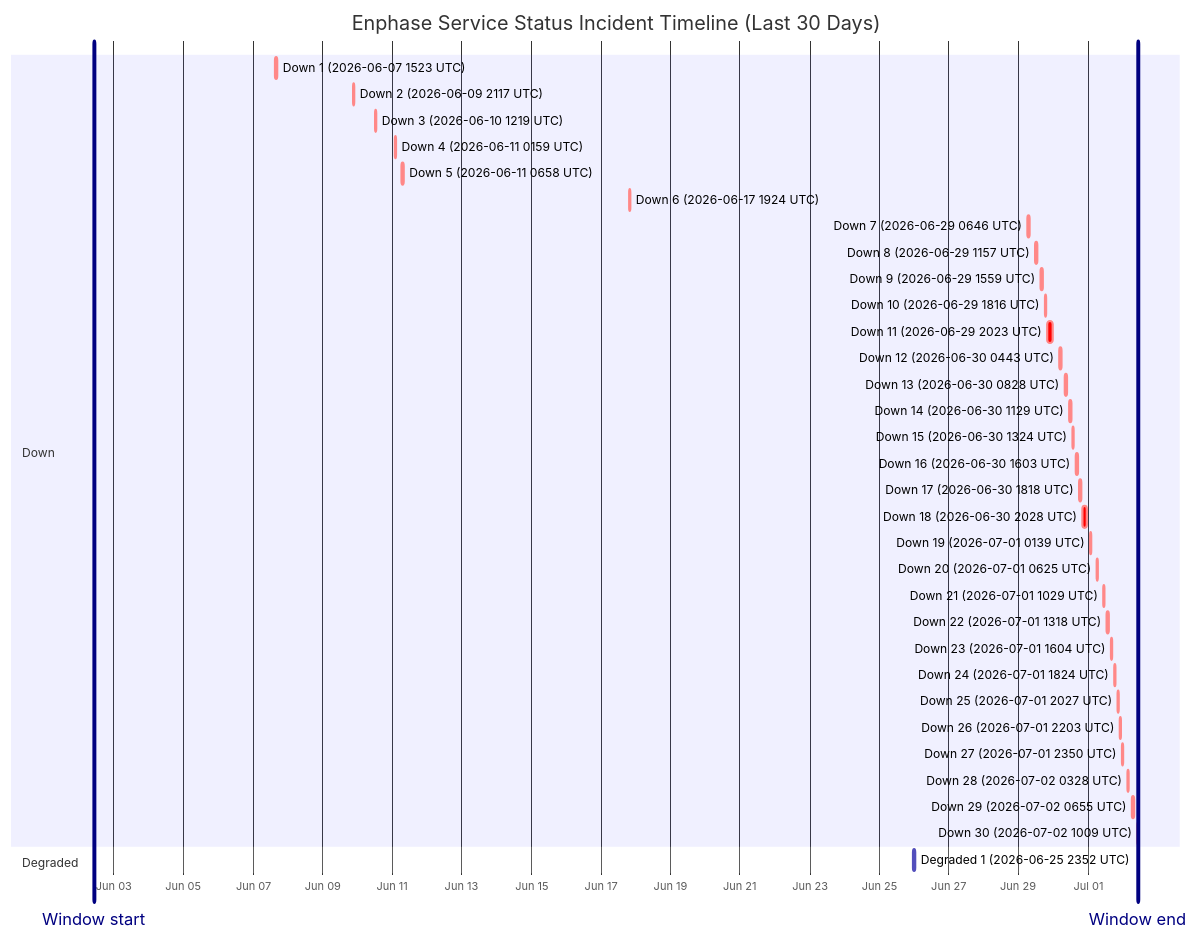
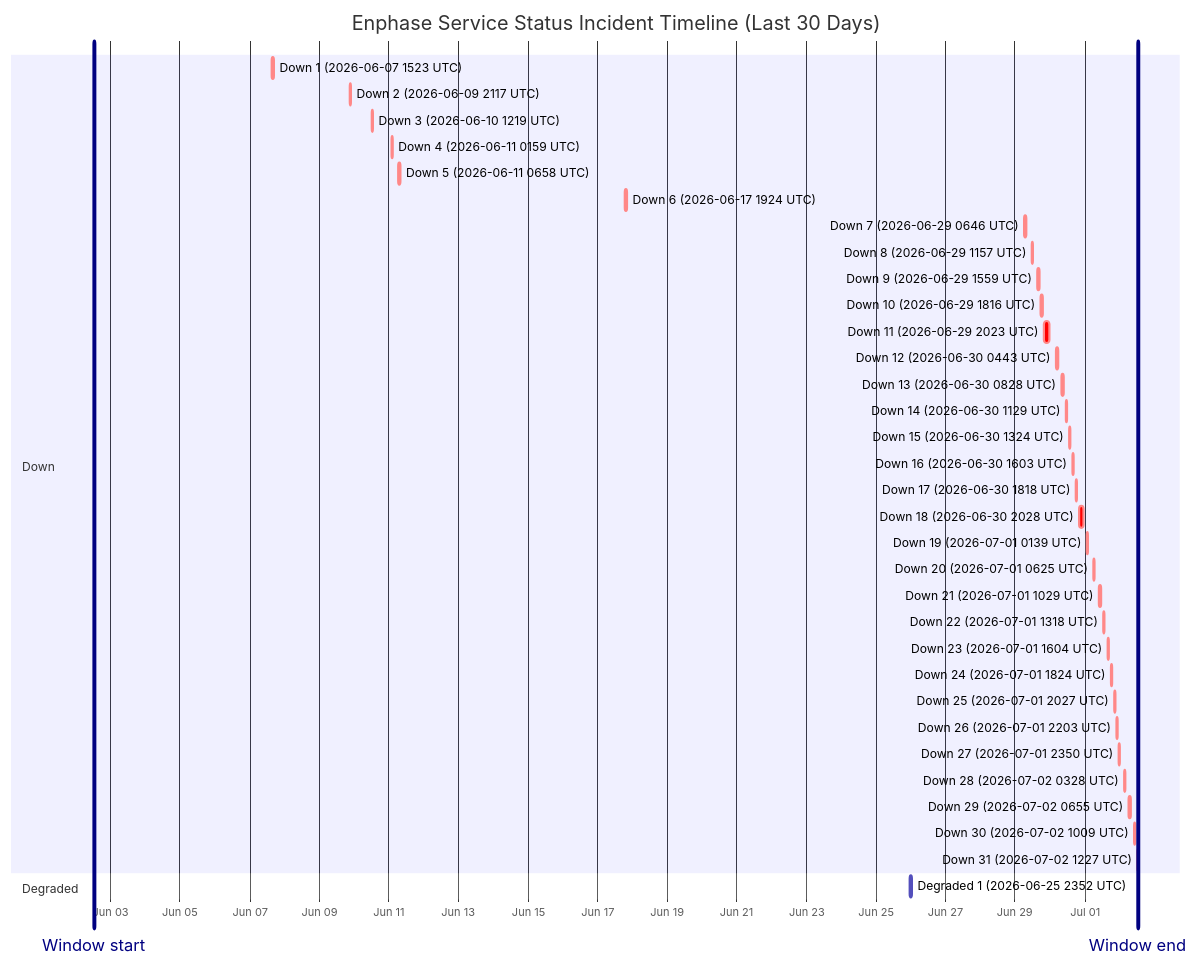
One commit to barneyonline/ha-enphase-energy changed the diagram in wiki/Service-Status-History.md. Above: the diagram before and after it, drawn with Mermaid. The commit also changed other lines of this file and 3 other files, not shown here.

````diff
--- a/wiki/Service-Status-History.md
+++ b/wiki/Service-Status-History.md
@@ -14,41 +14,42 @@
 ```mermaid
 gantt
     title Enphase Service Status Incident Timeline (Last 30 Days)
     dateFormat  YYYY-MM-DDTHH:mm:ss
     axisFormat  %b %d
-    Window start :vert, window-start, 2026-06-02T10:09:15, 0ms
-    Window end :vert, window-end, 2026-07-02T10:09:15, 0ms
+    Window start :vert, window-start, 2026-06-02T12:27:49, 0ms
+    Window end :vert, window-end, 2026-07-02T12:27:49, 0ms
     section Down
     Down 1 (2026-06-07 1523 UTC) :crit, down-1, 2026-06-07T15:23:22, 87m
     Down 2 (2026-06-09 2117 UTC) :crit, down-2, 2026-06-09T21:17:17, 60m
     Down 3 (2026-06-10 1219 UTC) :crit, down-3, 2026-06-10T12:19:21, 60m
     Down 4 (2026-06-11 0159 UTC) :crit, down-4, 2026-06-11T01:59:36, 60m
     Down 5 (2026-06-11 0658 UTC) :crit, down-5, 2026-06-11T06:58:45, 60m
     Down 6 (2026-06-17 1924 UTC) :crit, down-6, 2026-06-17T19:24:51, 60m
     Down 7 (2026-06-29 0646 UTC) :crit, down-7, 2026-06-29T06:46:18, 60m
     Down 8 (2026-06-29 1157 UTC) :crit, down-8, 2026-06-29T11:57:36, 60m
     Down 9 (2026-06-29 1559 UTC) :crit, down-9, 2026-06-29T15:59:02, 60m
     Down 10 (2026-06-29 1816 UTC) :crit, down-10, 2026-06-29T18:16:38, 60m
     Down 11 (2026-06-29 2023 UTC) :crit, down-11, 2026-06-29T20:23:16, 220m
     Down 12 (2026-06-30 0443 UTC) :crit, down-12, 2026-06-30T04:43:54, 60m
     Down 13 (2026-06-30 0828 UTC) :crit, down-13, 2026-06-30T08:28:43, 60m
     Down 14 (2026-06-30 1129 UTC) :crit, down-14, 2026-06-30T11:29:15, 60m
     Down 15 (2026-06-30 1324 UTC) :crit, down-15, 2026-06-30T13:24:25, 60m
     Down 16 (2026-06-30 1603 UTC) :crit, down-16, 2026-06-30T16:03:26, 60m
     Down 17 (2026-06-30 1818 UTC) :crit, down-17, 2026-06-30T18:18:39, 60m
     Down 18 (2026-06-30 2028 UTC) :crit, down-18, 2026-06-30T20:28:54, 171m
     Down 19 (2026-07-01 0139 UTC) :crit, down-19, 2026-07-01T01:39:18, 60m
     Down 20 (2026-07-01 0625 UTC) :crit, down-20, 2026-07-01T06:25:35, 60m
     Down 21 (2026-07-01 1029 UTC) :crit, down-21, 2026-07-01T10:29:24, 60m
     Down 22 (2026-07-01 1318 UTC) :crit, down-22, 2026-07-01T13:18:31, 60m
     Down 23 (2026-07-01 1604 UTC) :crit, down-23, 2026-07-01T16:04:29, 60m
     Down 24 (2026-07-01 1824 UTC) :crit, down-24, 2026-07-01T18:24:21, 60m
     Down 25 (2026-07-01 2027 UTC) :crit, down-25, 2026-07-01T20:27:17, 60m
     Down 26 (2026-07-01 2203 UTC) :crit, down-26, 2026-07-01T22:03:46, 60m
     Down 27 (2026-07-01 2350 UTC) :crit, down-27, 2026-07-01T23:50:52, 60m
     Down 28 (2026-07-02 0328 UTC) :crit, down-28, 2026-07-02T03:28:33, 60m
     Down 29 (2026-07-02 0655 UTC) :crit, down-29, 2026-07-02T06:55:07, 60m
     Down 30 (2026-07-02 1009 UTC) :crit, down-30, 2026-07-02T10:09:15, 60m
+    Down 31 (2026-07-02 1227 UTC) :crit, down-31, 2026-07-02T12:27:49, 60m
     section Degraded
     Degraded 1 (2026-06-25 2352 UTC) :active, degraded-1, 2026-06-25T23:52:01, 60m
 ```
````
